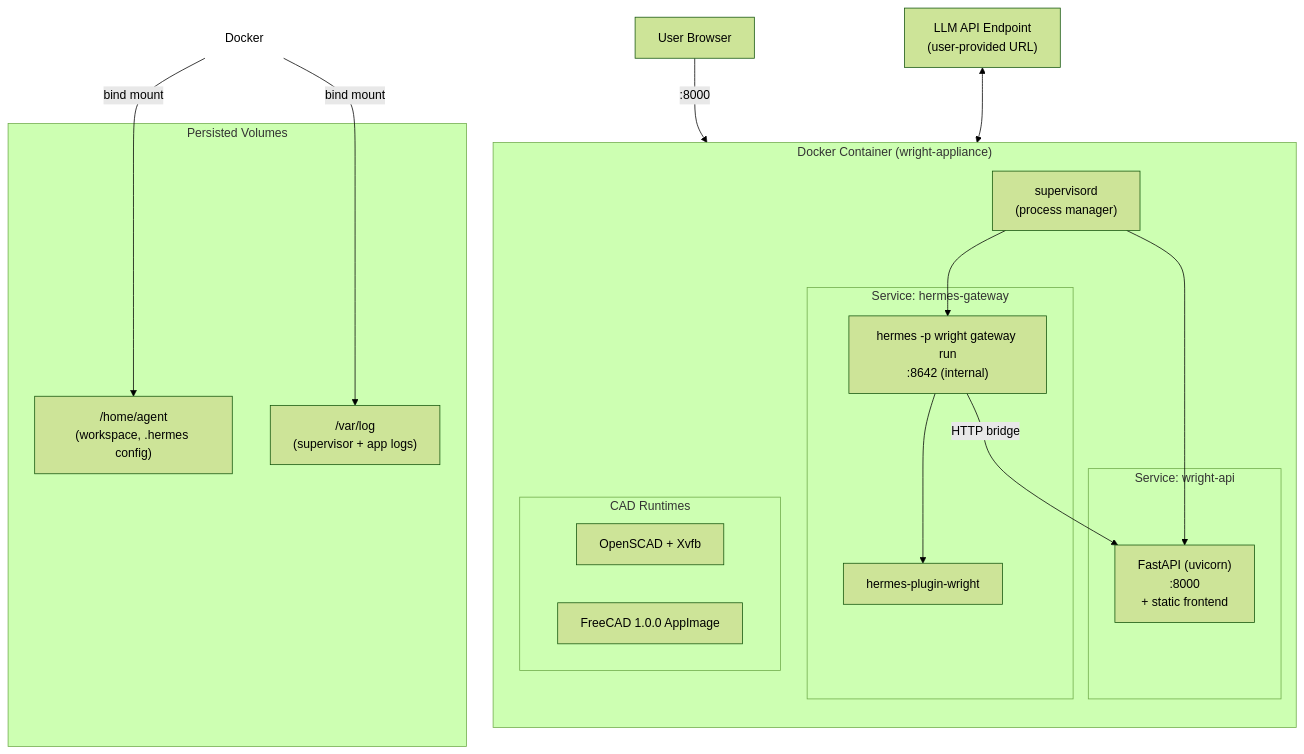
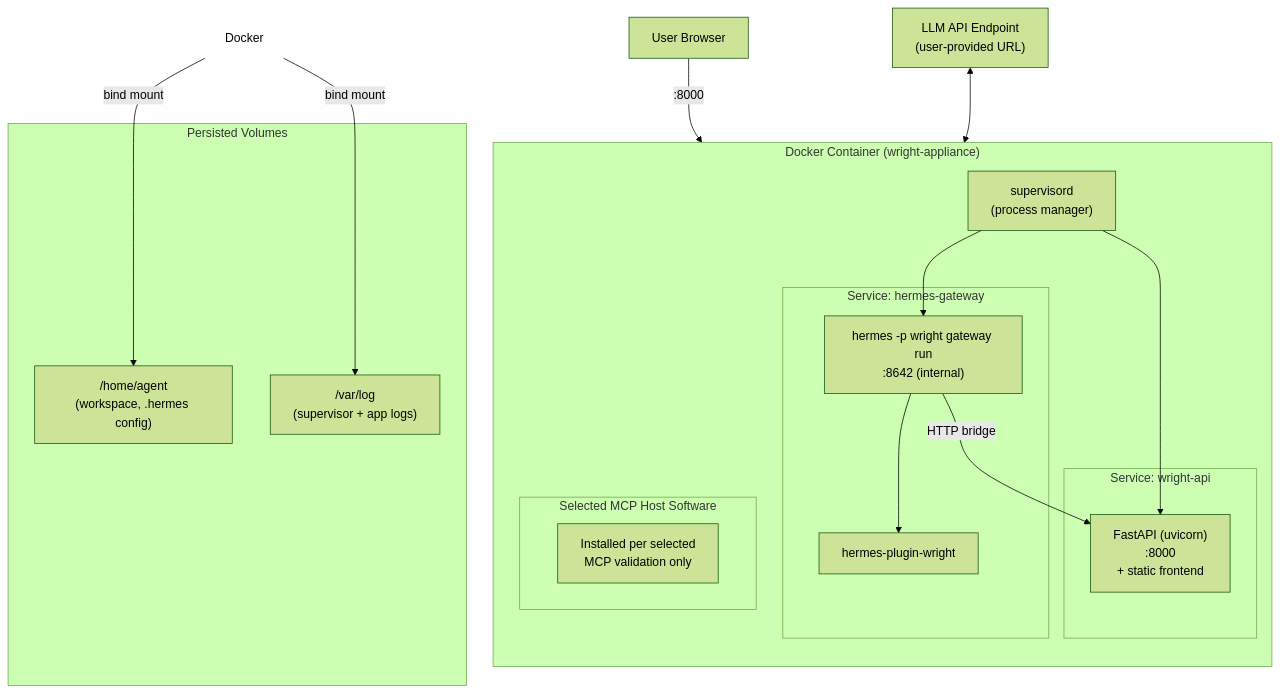
The third of 8 diagrams in docs/deployment-configurations.md (burhop/wright), drawn with Mermaid (forest theme) before and after one commit. The commit also changed other lines of this file and 2 other files, not shown here.

````diff
--- a/docs/deployment-configurations.md
+++ b/docs/deployment-configurations.md
@@ -187,39 +195,38 @@
 ```mermaid
 graph TB
     subgraph "Docker Container (wright-appliance)"
         direction TB
         SUPER["supervisord<br/>(process manager)"]
 
         subgraph "Service: wright-api"
             API2["FastAPI (uvicorn)<br/>:8000<br/>+ static frontend"]
         end
 
         subgraph "Service: hermes-gateway"
             GW2["hermes -p wright gateway run<br/>:8642 (internal)"]
             PLUG2["hermes-plugin-wright"]
             GW2 --> PLUG2
         end
 
-        subgraph "CAD Runtimes"
-            OS2["OpenSCAD + Xvfb"]
-            FC2["FreeCAD 1.0.0 AppImage"]
+        subgraph "Selected MCP Host Software"
+            MCPHOST["Installed per selected<br/>MCP validation only"]
         end
 
         SUPER --> API2
         SUPER --> GW2
         GW2 -- "HTTP bridge" --> API2
     end
 
     subgraph "Persisted Volumes"
         VOL_HOME["/home/agent<br/>(workspace, .hermes config)"]
         VOL_LOG["/var/log<br/>(supervisor + app logs)"]
     end
 
     Docker -- "bind mount" --> VOL_HOME
     Docker -- "bind mount" --> VOL_LOG
 
     USER2["User Browser"] -- ":8000" --> API2
     LLM2["LLM API Endpoint<br/>(user-provided URL)"] <--> GW2
 
     style Docker fill:none,stroke:none
 ```
````
